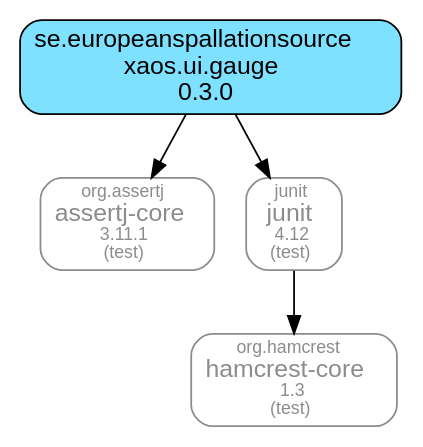
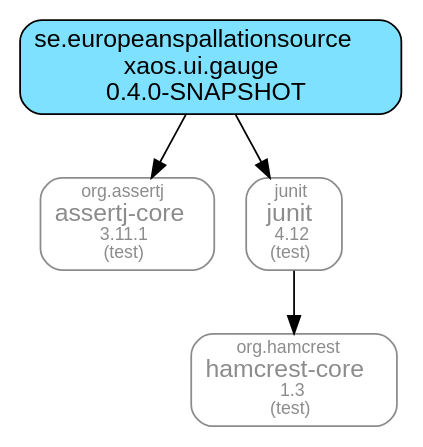
One commit to ESSICS/XAOS changed the diagram in xaos.ui.gauge.module/doc/maven-dependencies.dot. Above: the diagram before and after it, drawn with Graphviz. The commit also changed 15 other files, not shown here.

```diff
--- a/xaos.ui.gauge.module/doc/maven-dependencies.dot
+++ b/xaos.ui.gauge.module/doc/maven-dependencies.dot
@@ -1,15 +1,15 @@
 digraph "xaos.ui.gauge" {
   node [shape="box",style="rounded",fontname="Helvetica",fontsize="14"]
   edge [fontsize="10",fontname="Helvetica"]
 
   // Node Definitions:
-  "se.europeanspallationsource:xaos.ui.gauge:jar"[shape="box",style="rounded, filled",fillcolor="#7DE1FF",label=<se.europeanspallationsource<br/>xaos.ui.gauge<br/>0.3.0>]
+  "se.europeanspallationsource:xaos.ui.gauge:jar"[shape="box",style="rounded, filled",fillcolor="#7DE1FF",label=<se.europeanspallationsource<br/>xaos.ui.gauge<br/>0.4.0-SNAPSHOT>]
   "org.assertj:assertj-core:jar"[shape="box",style="rounded",color="grey55",fontname="Helvetica",fontsize="14",fontcolor="grey55",label=<<font color="grey55" point-size="10">org.assertj</font><br/>assertj-core<font color="grey55" point-size="10"><br/>3.11.1</font><font color="grey55" point-size="10"><br/>(test)</font>>]
   "junit:junit:jar"[shape="box",style="rounded",color="grey55",fontname="Helvetica",fontsize="14",fontcolor="grey55",label=<<font color="grey55" point-size="10">junit</font><br/>junit<font color="grey55" point-size="10"><br/>4.12</font><font color="grey55" point-size="10"><br/>(test)</font>>]
   "org.hamcrest:hamcrest-core:jar"[shape="box",style="rounded",color="grey55",fontname="Helvetica",fontsize="14",fontcolor="grey55",label=<<font color="grey55" point-size="10">org.hamcrest</font><br/>hamcrest-core<font color="grey55" point-size="10"><br/>1.3</font><font color="grey55" point-size="10"><br/>(test)</font>>]
 
   // Edge Definitions:
   "se.europeanspallationsource:xaos.ui.gauge:jar" -> "org.assertj:assertj-core:jar"
   "junit:junit:jar" -> "org.hamcrest:hamcrest-core:jar"
   "se.europeanspallationsource:xaos.ui.gauge:jar" -> "junit:junit:jar"
 }
```
